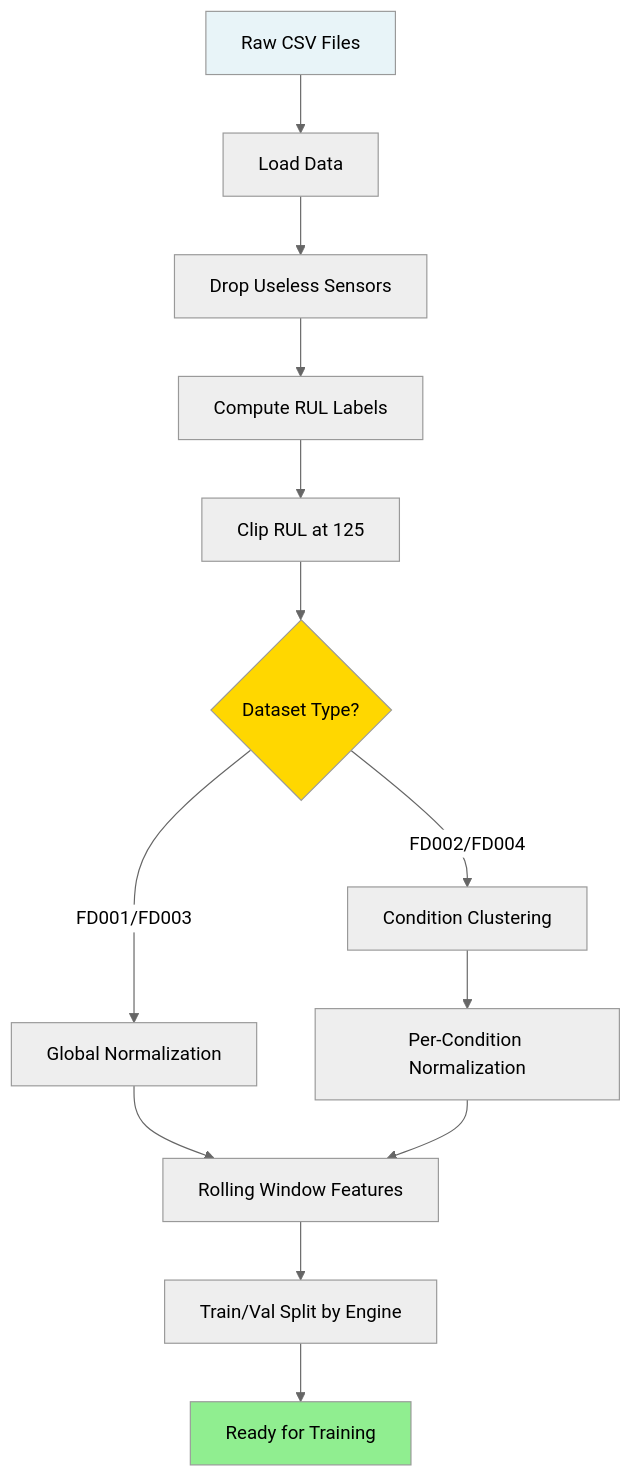
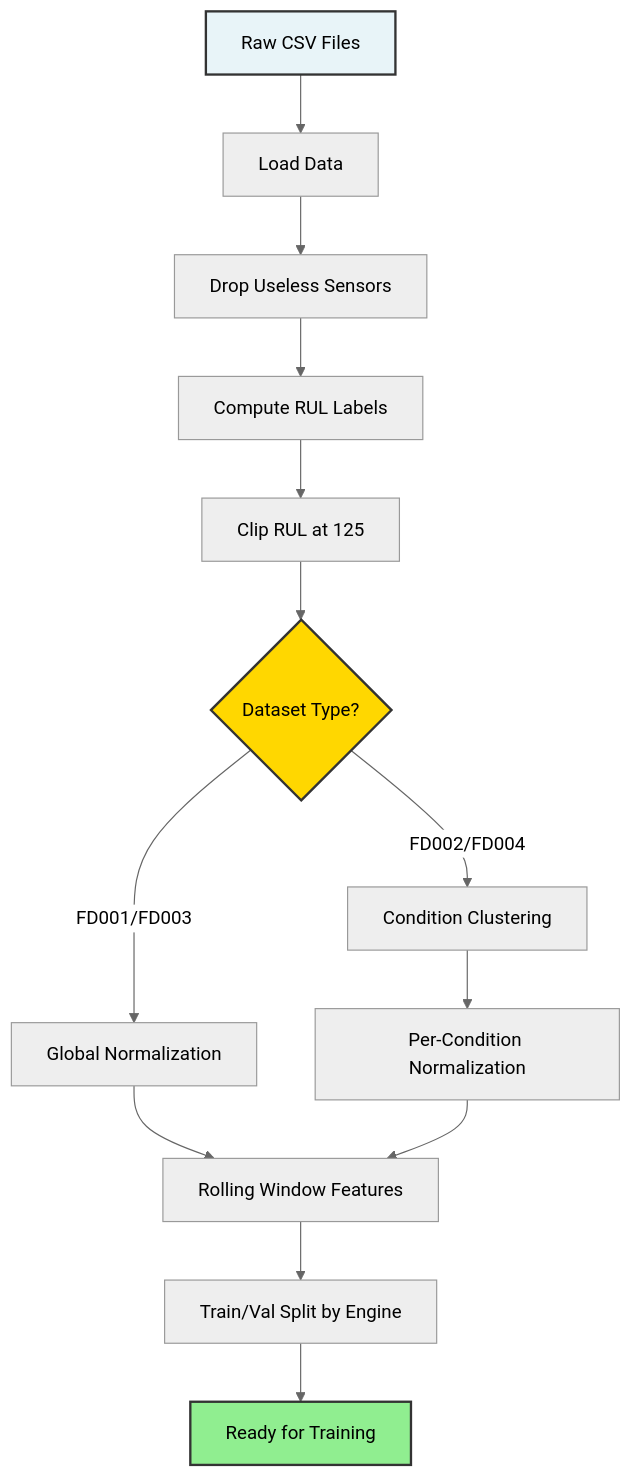
The first of 2 diagrams in docs/02_preprocessing.md (nasim-raj-laskar/Real-Time-Aircraft-Engine-Predictive-Maintenance-System), drawn with Mermaid (neutral theme) before and after one commit. The commit also changed other lines of this file and 8 other files, not shown here.

````diff
--- a/docs/02_preprocessing.md
+++ b/docs/02_preprocessing.md
@@ -7,19 +7,19 @@
 ```mermaid
 flowchart TD
     A[Raw CSV Files] --> B[Load Data]
     B --> C[Drop Useless Sensors]
     C --> D[Compute RUL Labels]
     D --> E[Clip RUL at 125]
     E --> F{Dataset Type?}
     F -->|FD001/FD003| G[Global Normalization]
     F -->|FD002/FD004| H[Condition Clustering]
     H --> I[Per-Condition Normalization]
     G --> J[Rolling Window Features]
     I --> J
     J --> K[Train/Val Split by Engine]
     K --> L[Ready for Training]
     
-    style A fill:#E8F4F8
-    style L fill:#90EE90
-    style F fill:#FFD700
+    style A fill:#E8F4F8,stroke:#333,stroke-width:2px,color:#000
+    style L fill:#90EE90,stroke:#333,stroke-width:2px,color:#000
+    style F fill:#FFD700,stroke:#333,stroke-width:2px,color:#000
 ```
````
